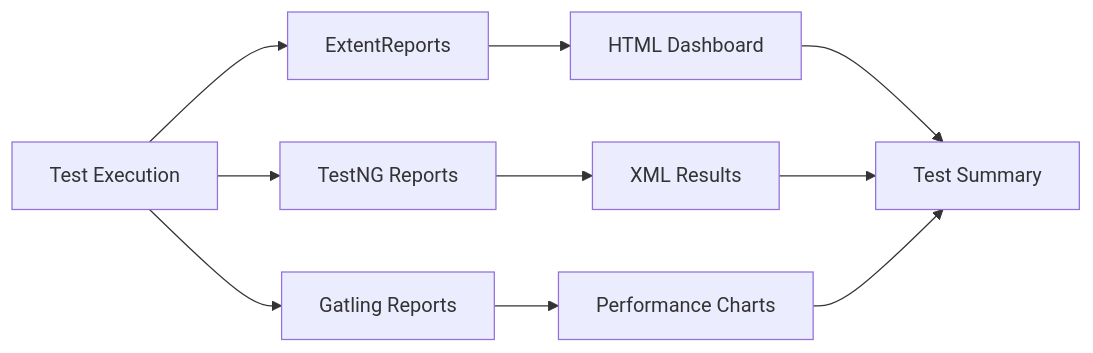
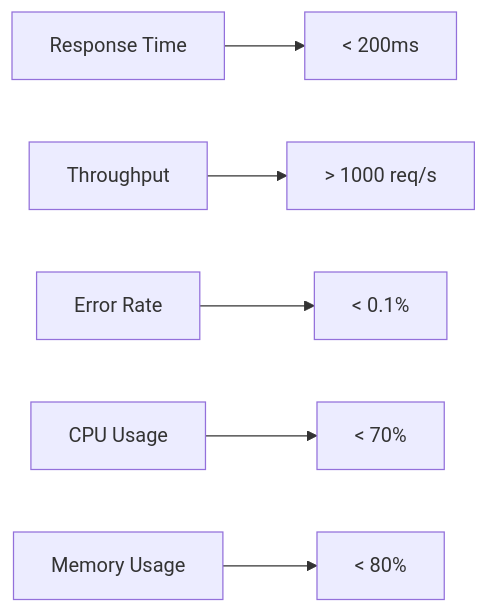
One commit to yogeshwankhede007/eReservations changed the third of 3 diagrams in README.md. Above: the diagram before and after it, drawn with Mermaid. The commit also changed other lines of this file and 1 other file, not shown here.

Commit message:
refactor: Remove screenshot functionality and update documentation - Remove screenshots directory and related code - Update README with accurate project structure - Clean up BaseBookingTest class

````diff
--- a/README.md
+++ b/README.md
@@ -150,12 +158,8 @@
 ```mermaid
 graph LR
-    A[Test Execution] --> B[ExtentReports]
-    A --> C[TestNG Reports]
-    A --> D[Gatling Reports]
-    B --> E[HTML Dashboard]
-    C --> F[XML Results]
-    D --> G[Performance Charts]
-    E --> H[Test Summary]
-    F --> H
-    G --> H
+    A[Response Time] --> B[< 200ms]
+    C[Throughput] --> D[> 1000 req/s]
+    E[Error Rate] --> F[< 0.1%]
+    G[CPU Usage] --> H[< 70%]
+    I[Memory Usage] --> J[< 80%]
 ```
````
